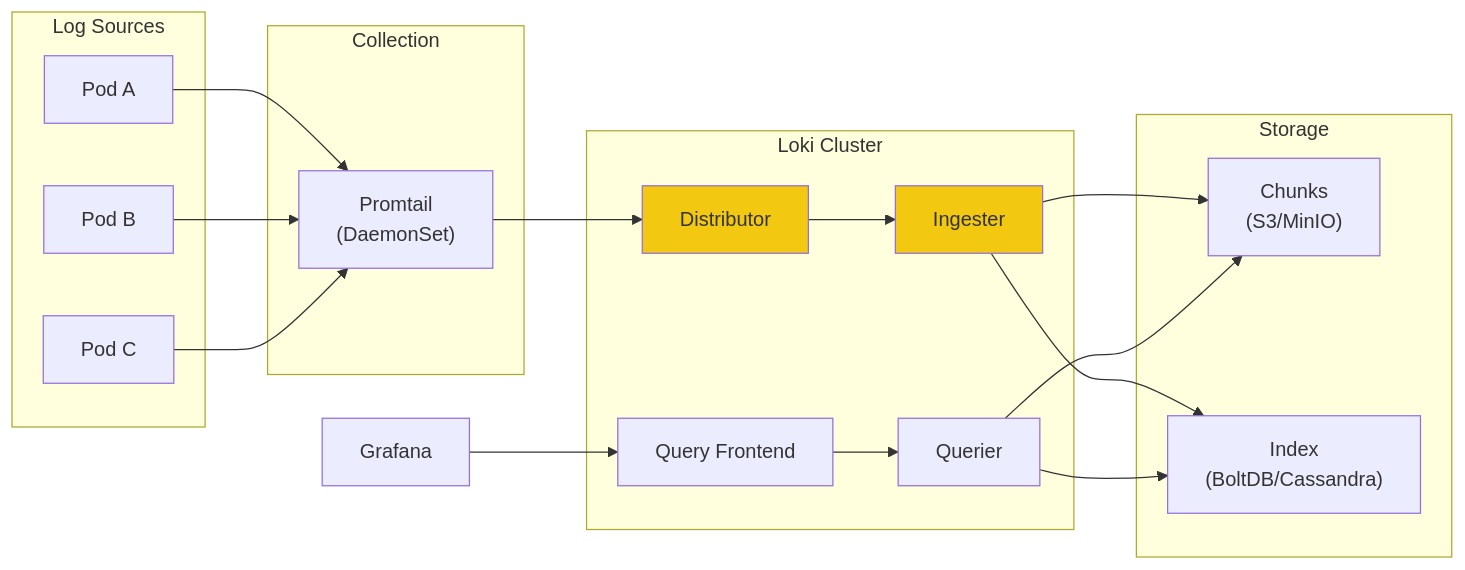
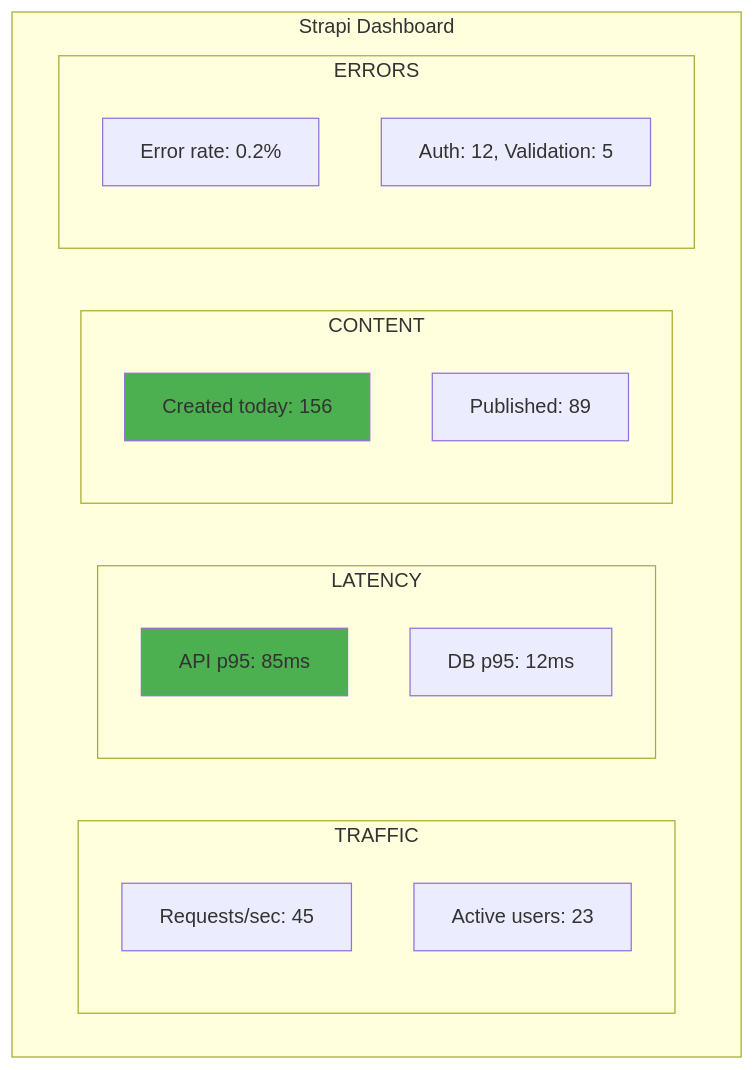
One commit to PearlThoughtsInternship/Internship-Obsidian-Vault changed the eighth of 11 diagrams in DevOps/03-Platform/02-Observability.md. Above: the diagram before and after it, drawn with Mermaid. The commit also changed other lines of this file, not shown here.

First line of the commit message:
docs: Observability with ContentAI product context and stakeholder views

````diff
--- a/DevOps/03-Platform/02-Observability.md
+++ b/DevOps/03-Platform/02-Observability.md
@@ -222,34 +338,27 @@
 ```mermaid
-flowchart LR
-    subgraph Sources["Log Sources"]
-        Pod1["Pod A"]
-        Pod2["Pod B"]
-        Pod3["Pod C"]
+flowchart TB
+    subgraph StrapiDash["Strapi Dashboard"]
+        subgraph Traffic["TRAFFIC"]
+            RPS["Requests/sec: 45"]
+            Active["Active users: 23"]
+        end
+
+        subgraph Latency["LATENCY"]
+            API["API p95: 85ms"]
+            DB["DB p95: 12ms"]
+        end
+
+        subgraph Content["CONTENT"]
+            Created["Created today: 156"]
+            Published["Published: 89"]
+        end
+
+        subgraph Errors["ERRORS"]
+            Rate["Error rate: 0.2%"]
+            Types["Auth: 12, Validation: 5"]
+        end
     end
 
-    subgraph Collection["Collection"]
-        PT["Promtail<br/>(DaemonSet)"]
-    end
-
-    subgraph Loki["Loki Cluster"]
-        Dist["Distributor"]
-        Ing["Ingester"]
-        QF["Query Frontend"]
-        Querier["Querier"]
-    end
-
-    subgraph Storage["Storage"]
-        Chunks["Chunks<br/>(S3/MinIO)"]
-        Index["Index<br/>(BoltDB/Cassandra)"]
-    end
-
-    Pod1 & Pod2 & Pod3 --> PT
-    PT --> Dist --> Ing
-    Ing --> Chunks & Index
-    QF --> Querier --> Chunks & Index
-
-    Graf["Grafana"] --> QF
-
-    style Dist fill:#F2C811
-    style Ing fill:#F2C811
+    style Created fill:#4CAF50
+    style API fill:#4CAF50
 ```
````
